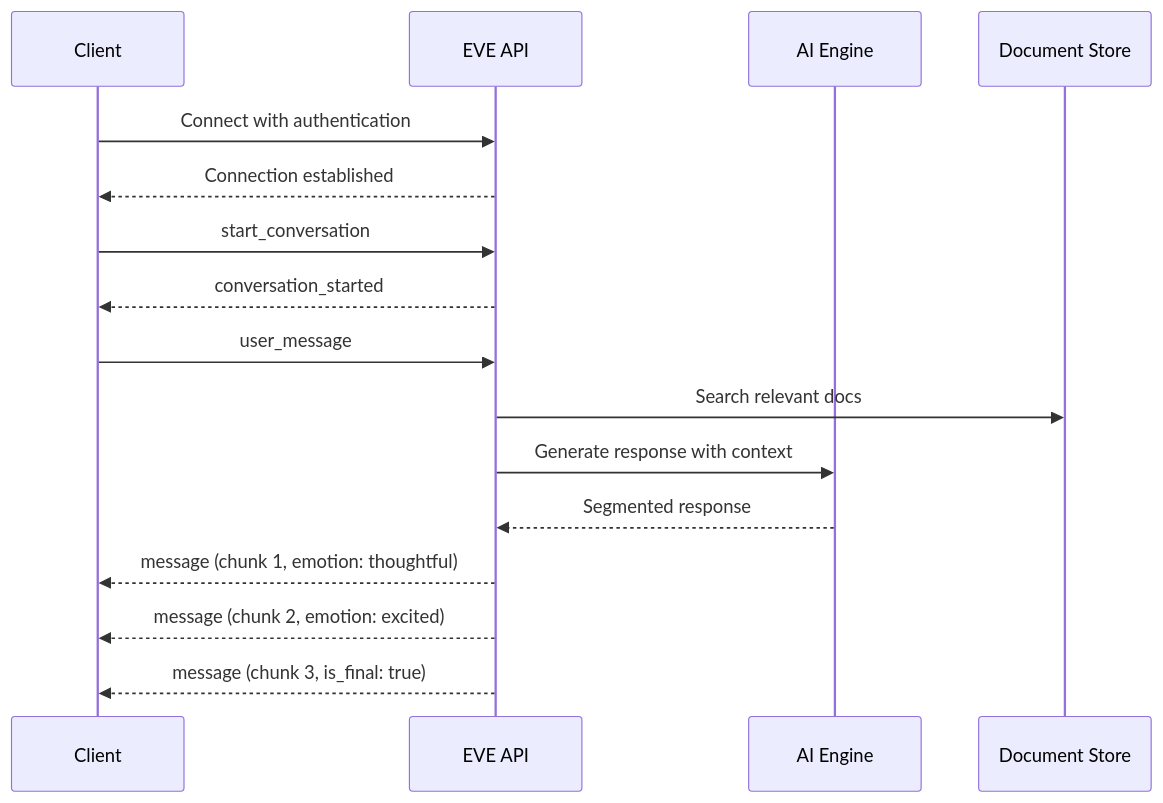
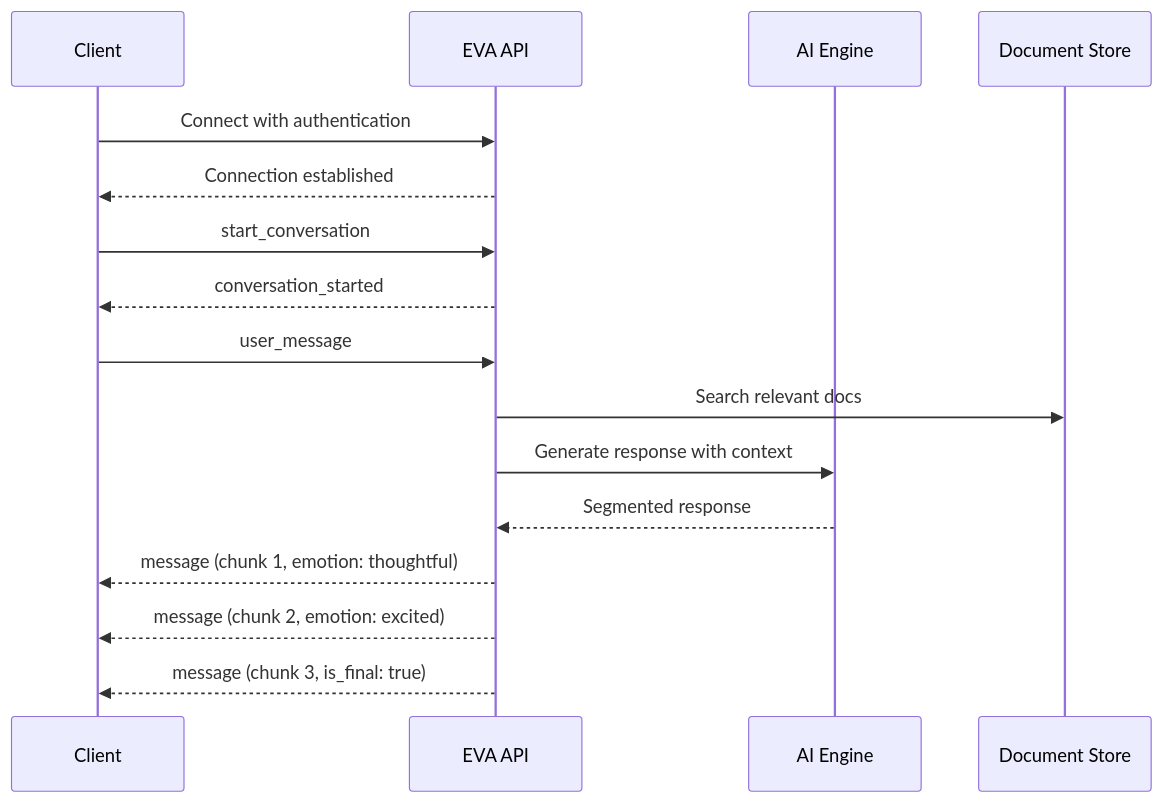
The diagram in docs/index.md (thingenious/eva), drawn with Mermaid before and after one commit. The commit also changed other lines of this file and 50 other files, not shown here.

Commit message:
rename eve to eva

````diff
--- a/docs/index.md
+++ b/docs/index.md
@@ -62,21 +62,21 @@
 ```mermaid
 sequenceDiagram
     participant Client
-    participant EVE API
+    participant EVA API
     participant AI Engine
     participant Document Store
     
-    Client->>EVE API: Connect with authentication
-    EVE API-->>Client: Connection established
+    Client->>EVA API: Connect with authentication
+    EVA API-->>Client: Connection established
     
-    Client->>EVE API: start_conversation
-    EVE API-->>Client: conversation_started
+    Client->>EVA API: start_conversation
+    EVA API-->>Client: conversation_started
     
-    Client->>EVE API: user_message
-    EVE API->>Document Store: Search relevant docs
-    EVE API->>AI Engine: Generate response with context
-    AI Engine-->>EVE API: Segmented response
-    EVE API-->>Client: message (chunk 1, emotion: thoughtful)
-    EVE API-->>Client: message (chunk 2, emotion: excited)
-    EVE API-->>Client: message (chunk 3, is_final: true)
+    Client->>EVA API: user_message
+    EVA API->>Document Store: Search relevant docs
+    EVA API->>AI Engine: Generate response with context
+    AI Engine-->>EVA API: Segmented response
+    EVA API-->>Client: message (chunk 1, emotion: thoughtful)
+    EVA API-->>Client: message (chunk 2, emotion: excited)
+    EVA API-->>Client: message (chunk 3, is_final: true)
 ```
````
